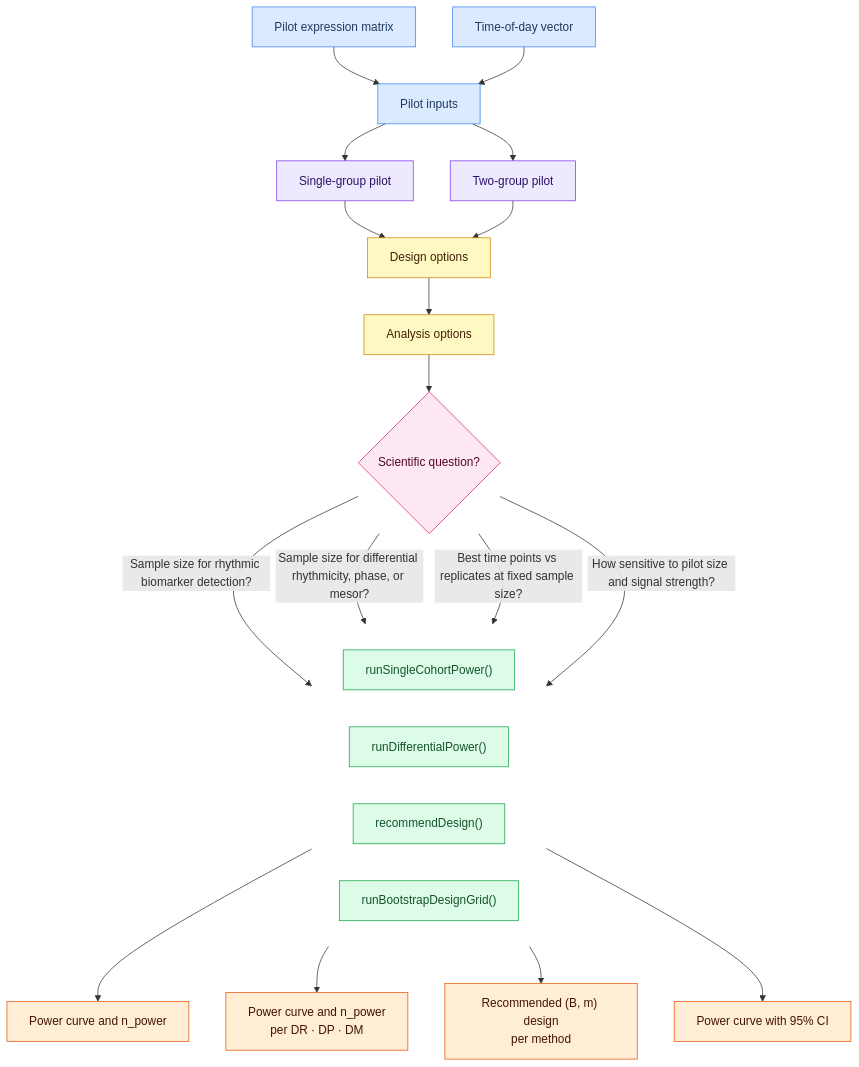
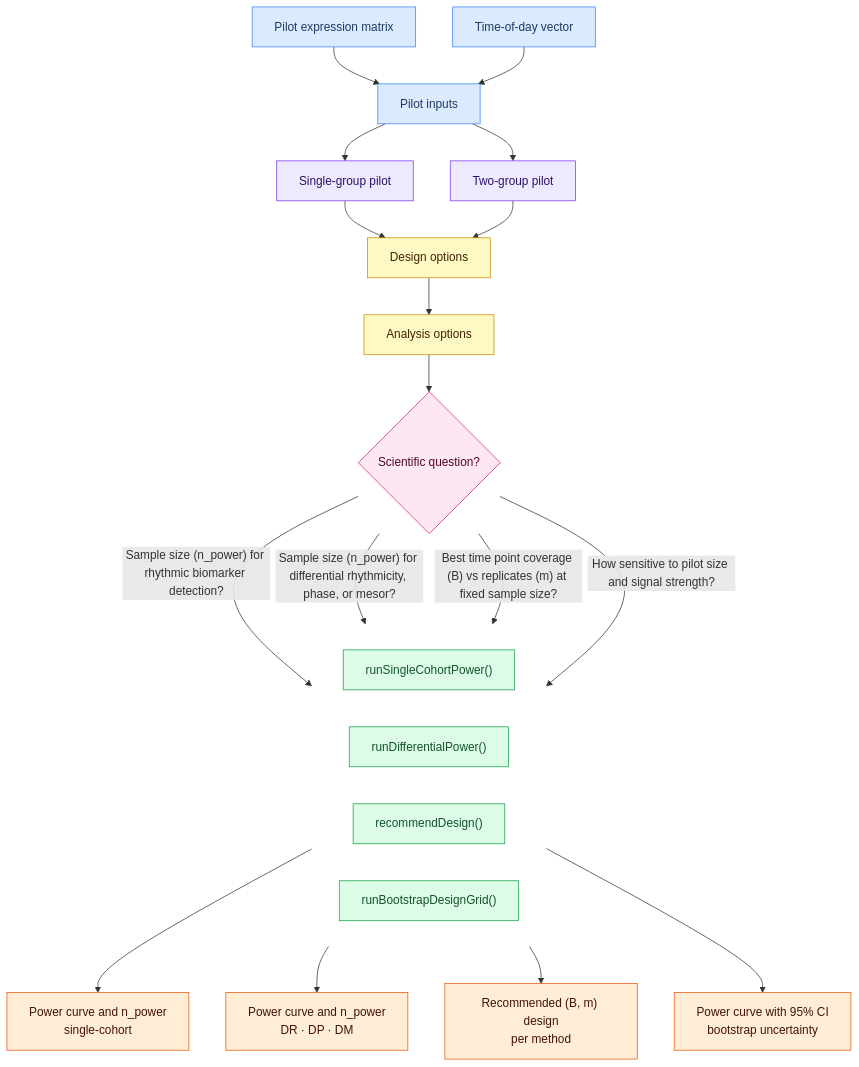
One commit to quythien/SCP changed the diagram in vignettes/SCP_vignette.md. Above: the diagram before and after it, drawn with Mermaid. The commit also changed other lines of this file, not shown here.

Commit message:
Spell out B/m/n_power in branch labels, balance result node sizes, remove reference_n

````diff
--- a/vignettes/SCP_vignette.md
+++ b/vignettes/SCP_vignette.md
@@ -65,65 +65,67 @@
 ```mermaid
 flowchart TD
 
     A["Pilot expression matrix"]
     B["Time-of-day vector"]
     I["Pilot inputs"]
 
     C["Single-group pilot"]
     D["Two-group pilot"]
 
     E["Design options"]
     F["Analysis options"]
 
     G{"Scientific question?"}
 
     subgraph RUNNERS[" "]
         direction LR
         SC["runSingleCohortPower()"]
         DF["runDifferentialPower()"]
         BM["recommendDesign()"]
         BS["runBootstrapDesignGrid()"]
     end
 
-    R1["Power curve and n_power"]
+    R1["Power curve and n_power
+single-cohort"]
     R2["Power curve and n_power
-per DR · DP · DM"]
+DR · DP · DM"]
     R3["Recommended (B, m) design
 per method"]
-    R4["Power curve with 95% CI"]
+    R4["Power curve with 95% CI
+bootstrap uncertainty"]
 
     A --> I
     B --> I
     I --> C
     I --> D
     C --> E
     D --> E
     E --> F
     F --> G
 
-    G -- "Sample size for rhythmic biomarker detection?" --> SC
-    G -- "Sample size for differential rhythmicity, phase, or mesor?" --> DF
-    G -- "Best time points vs replicates at fixed sample size?" --> BM
+    G -- "Sample size (n_power) for rhythmic biomarker detection?" --> SC
+    G -- "Sample size (n_power) for differential rhythmicity, phase, or mesor?" --> DF
+    G -- "Best time point coverage (B) vs replicates (m) at fixed sample size?" --> BM
     G -- "How sensitive to pilot size and signal strength?" --> BS
 
     SC --> R1
     DF --> R2
     BM --> R3
     BS --> R4
 
     classDef input   fill:#dbeafe,stroke:#3b82f6,color:#1e3a5f
     classDef est     fill:#ede9fe,stroke:#7c3aed,color:#2e1065
     classDef opts    fill:#fef9c3,stroke:#ca8a04,color:#422006
     classDef decide  fill:#fce7f3,stroke:#db2777,color:#500724
     classDef runner  fill:#dcfce7,stroke:#16a34a,color:#14532d
     classDef result  fill:#ffedd5,stroke:#ea580c,color:#431407
     classDef hidden  fill:none,stroke:none,color:none
 
     class A,B,I input
     class C,D est
     class E,F opts
     class G decide
     class SC,DF,BM,BS runner
     class R1,R2,R3,R4 result
     class RUNNERS hidden
 ```
````
